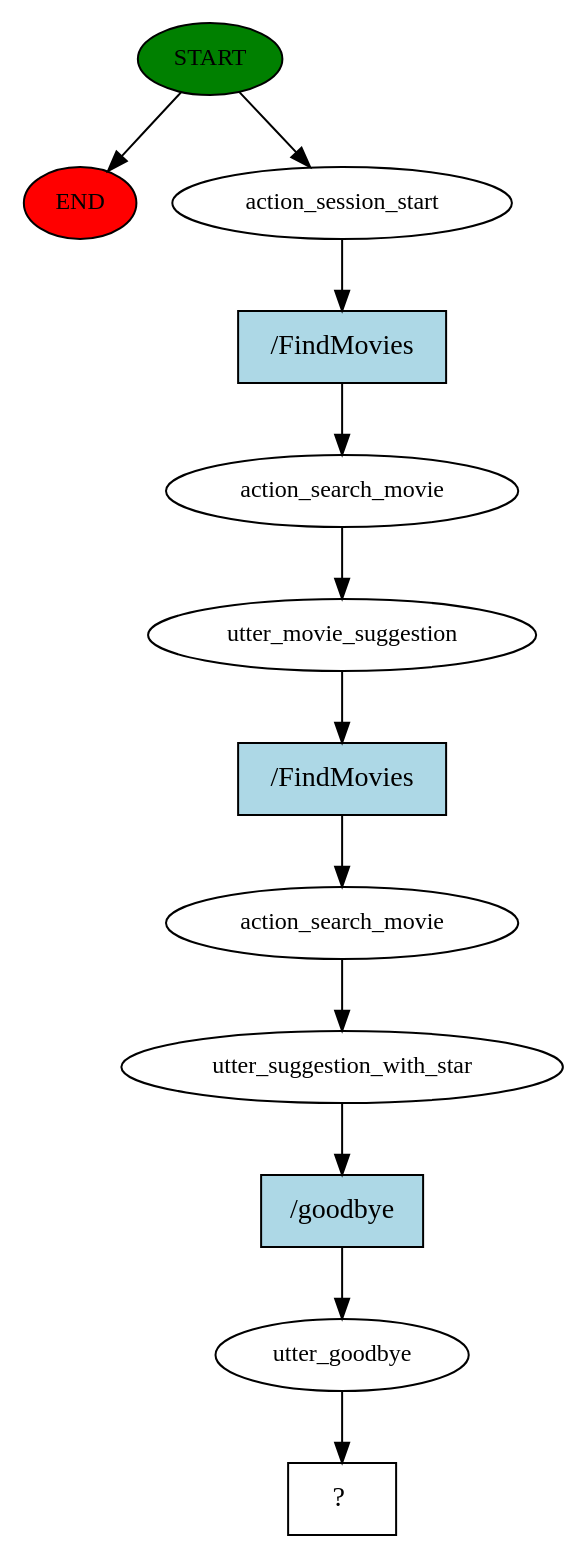
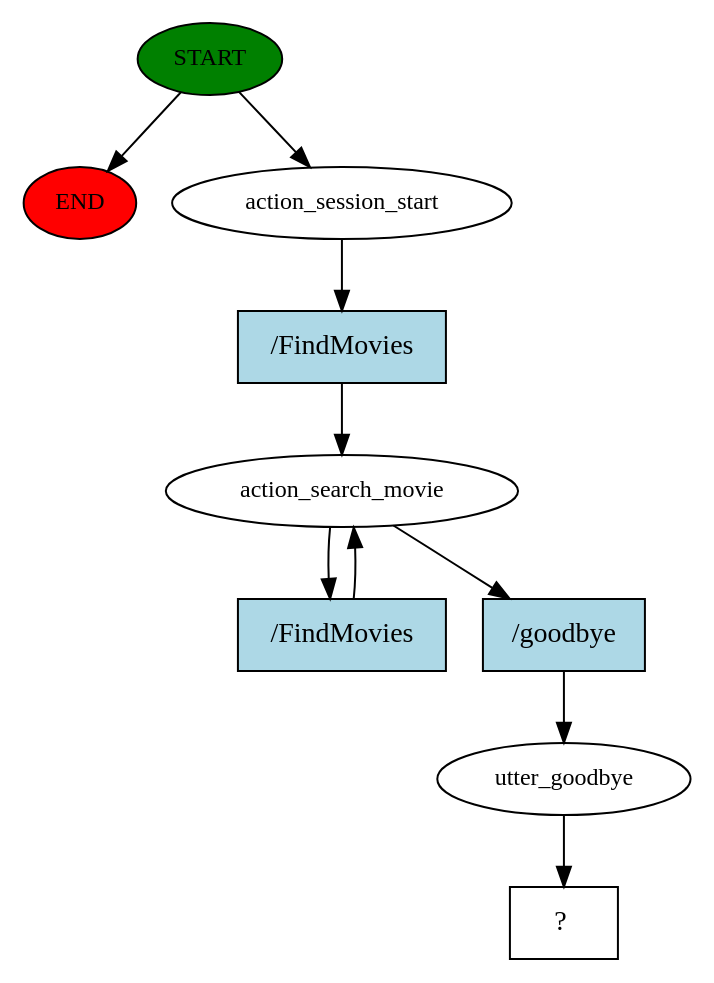
One commit to CymruLavis/movie_reccomendation_chatbot changed the diagram in story_graph.dot. Above: the diagram before and after it, drawn with Graphviz. The commit also changed 121 other files, not shown here.

```diff
--- a/story_graph.dot
+++ b/story_graph.dot
@@ -1,25 +1,20 @@
 digraph  {
 0 [class="start active", fillcolor=green, fontsize=12, label=START, style=filled];
 "-1" [class=end, fillcolor=red, fontsize=12, label=END, style=filled];
 1 [class=active, fontsize=12, label=action_session_start];
 2 [class=active, fontsize=12, label=action_search_movie];
-3 [class=active, fontsize=12, label=utter_movie_suggestion];
-4 [class=active, fontsize=12, label=action_search_movie];
-5 [class=active, fontsize=12, label=utter_suggestion_with_star];
 6 [class=active, fontsize=12, label=utter_goodbye];
 7 [class="intent dashed active", label="  ?  ", shape=rect];
 8 [class="intent active", fillcolor=lightblue, label="/FindMovies", shape=rect, style=filled];
 9 [class="intent active", fillcolor=lightblue, label="/FindMovies", shape=rect, style=filled];
 10 [class="intent active", fillcolor=lightblue, label="/goodbye", shape=rect, style=filled];
 0 -> "-1"  [class="", key=NONE, label=""];
 0 -> 1  [class=active, key=NONE, label=""];
 1 -> 8  [class=active, key=0];
-2 -> 3  [class=active, key=NONE, label=""];
-3 -> 9  [class=active, key=0];
-4 -> 5  [class=active, key=NONE, label=""];
-5 -> 10  [class=active, key=0];
+2 -> 9  [class=active, key=0];
+2 -> 10  [class=active, key=0];
 6 -> 7  [class=active, key=NONE, label=""];
 8 -> 2  [class=active, key=0];
-9 -> 4  [class=active, key=0];
+9 -> 2  [class=active, key=0];
 10 -> 6  [class=active, key=0];
 }
```
